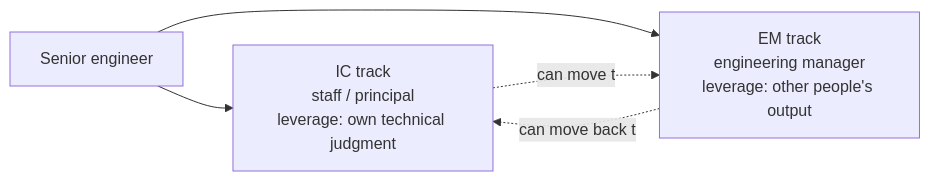
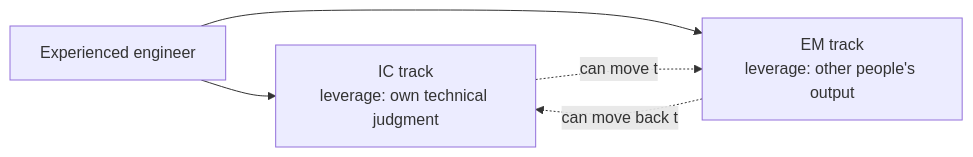
The diagram in src/content/career-craft/ic-em-tracks/L1-summary.mdx (francoandreDev/knowledge), drawn with Mermaid before and after one commit. The commit also changed other lines of this file and 3 other files, not shown here.

````diff
--- a/src/content/career-craft/ic-em-tracks/L1-summary.mdx
+++ b/src/content/career-craft/ic-em-tracks/L1-summary.mdx
@@ -64,7 +57,7 @@
 ```mermaid
 flowchart LR
-    S["Senior engineer"] --> IC["IC track\nstaff / principal\nleverage: own technical judgment"]
-    S --> EM["EM track\nengineering manager\nleverage: other people's output"]
+    S["Experienced engineer"] --> IC["IC track\nleverage: own technical judgment"]
+    S --> EM["EM track\nleverage: other people's output"]
     IC -.can move to.-> EM
     EM -.can move back to.-> IC
 ```
````
